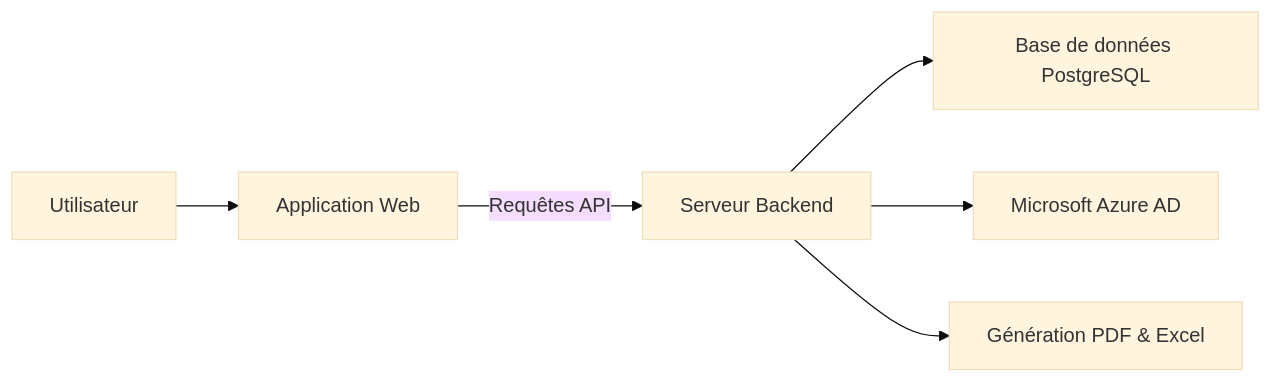
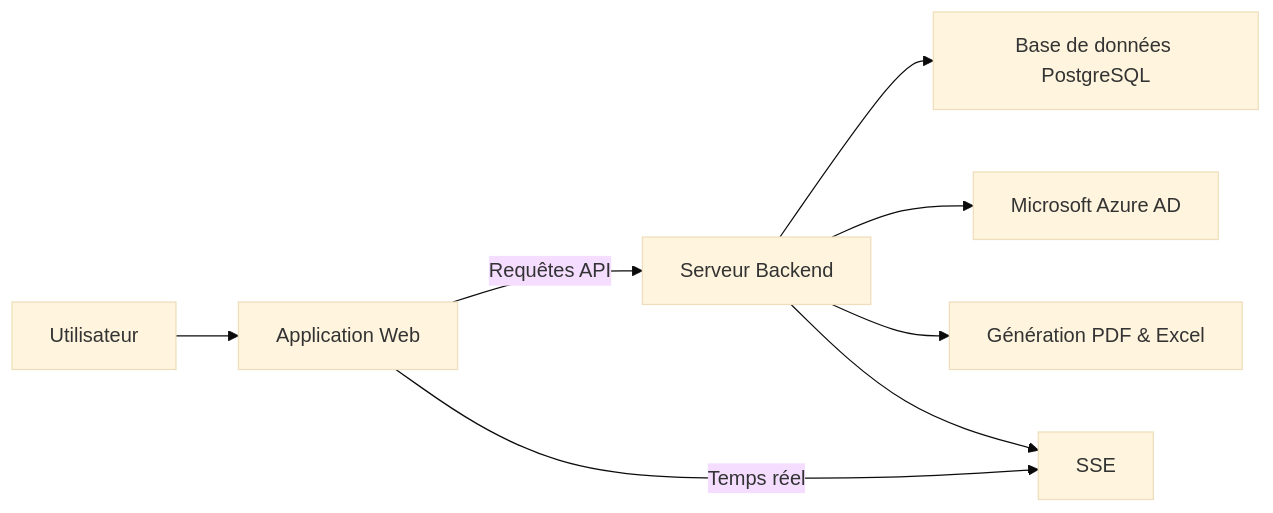
Before and after one commit to Wifsimster/copro-pilot: the first of 2 diagrams in README.md, drawn with Mermaid (base theme). The commit also changed other lines of this file and 3 other files, not shown here.

````diff
--- a/README.md
+++ b/README.md
@@ -67,8 +77,10 @@
 ```mermaid
 graph LR
     A[Utilisateur] --> B[Application Web]
     B -->|Requêtes API| C[Serveur Backend]
+    B -->|Temps réel| G[SSE]
     C --> D[Base de données PostgreSQL]
     C --> E[Microsoft Azure AD]
     C --> F[Génération PDF & Excel]
+    C --> G
 ```
````
